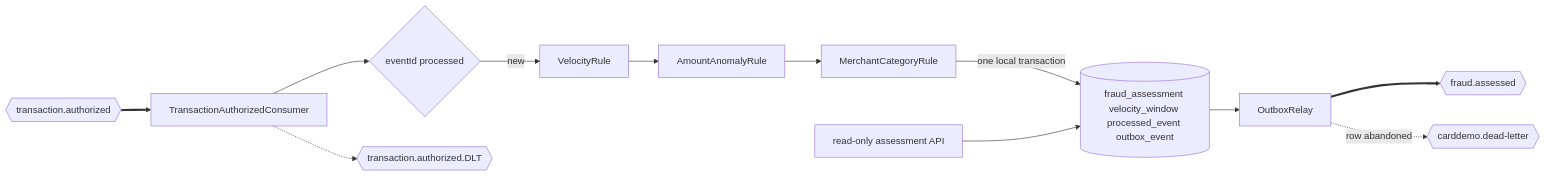
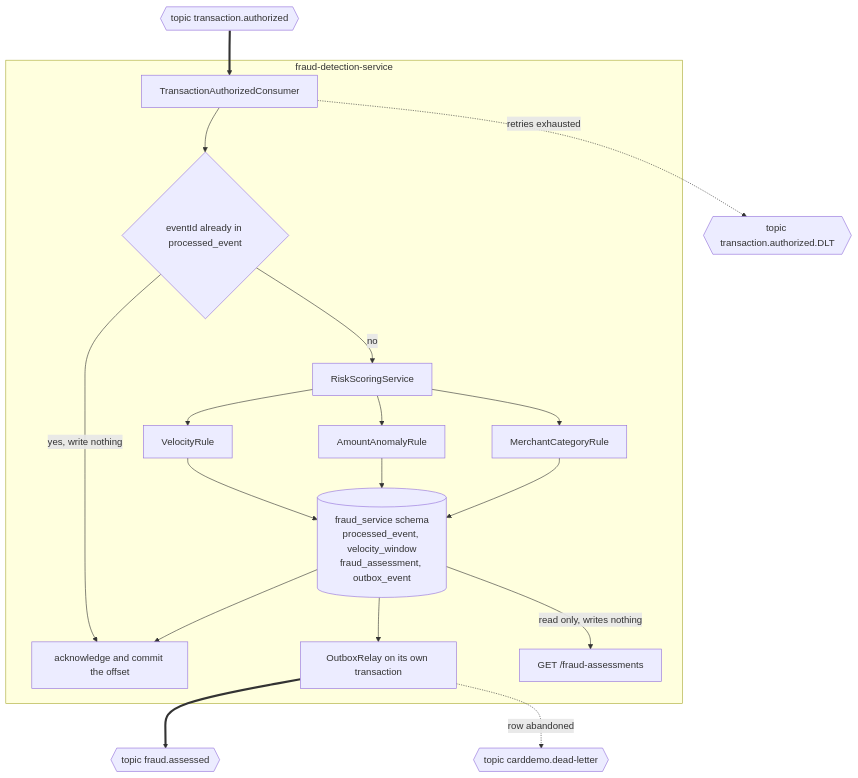
The first of 2 diagrams in card-platform/services/fraud-detection-service/README.md (blitzy-public-samples/aws-carddemo-blitzy), drawn with Mermaid before and after one commit. The commit also changed other lines of this file and 22 other files, not shown here.

````diff
--- a/card-platform/services/fraud-detection-service/README.md
+++ b/card-platform/services/fraud-detection-service/README.md
@@ -113,27 +46,31 @@
 ```mermaid
-graph LR
-    IN{{"transaction.authorized"}}
-    C["TransactionAuthorizedConsumer"]
-    G{"eventId processed"}
-    V["VelocityRule"]
-    A["AmountAnomalyRule"]
-    M["MerchantCategoryRule"]
-    DB[("fraud_assessment velocity_window processed_event outbox_event")]
-    R["OutboxRelay"]
-    OUT{{"fraud.assessed"}}
-    API["read-only assessment API"]
-    SRCDLT{{"transaction.authorized.DLT"}}
-    DEAD{{"carddemo.dead-letter"}}
-
-    IN ==> C
-    C --> G
-    G -->|"new"| V
-    V --> A
-    A --> M
-    M -->|"one local transaction"| DB
-    DB --> R
-    R ==> OUT
-    API --> DB
-    C -.-> SRCDLT
-    R -.->|"row abandoned"| DEAD
+graph TB
+    IN{{"topic transaction.authorized"}}
+    OUT{{"topic fraud.assessed"}}
+    DLT{{"topic transaction.authorized.DLT"}}
+    DEAD{{"topic carddemo.dead-letter"}}
+    subgraph SVC["fraud-detection-service"]
+        CON["TransactionAuthorizedConsumer"]
+        GUARD{"eventId already in processed_event"}
+        SCORE["RiskScoringService"]
+        VEL["VelocityRule"]
+        AMT["AmountAnomalyRule"]
+        MCC["MerchantCategoryRule"]
+        DB[("fraud_service schema<br/>processed_event, velocity_window<br/>fraud_assessment, outbox_event")]
+        ACK["acknowledge and commit the offset"]
+        RELAY["OutboxRelay on its own transaction"]
+        API["GET /fraud-assessments"]
+    end
+    IN ==> CON
+    CON --> GUARD
+    GUARD -->|"yes, write nothing"| ACK
+    GUARD -->|"no"| SCORE
+    SCORE --> VEL & AMT & MCC
+    VEL & AMT & MCC --> DB
+    DB --> ACK
+    DB --> RELAY
+    RELAY ==> OUT
+    CON -.->|"retries exhausted"| DLT
+    RELAY -.->|"row abandoned"| DEAD
+    DB -->|"read only, writes nothing"| API
 ```
````
